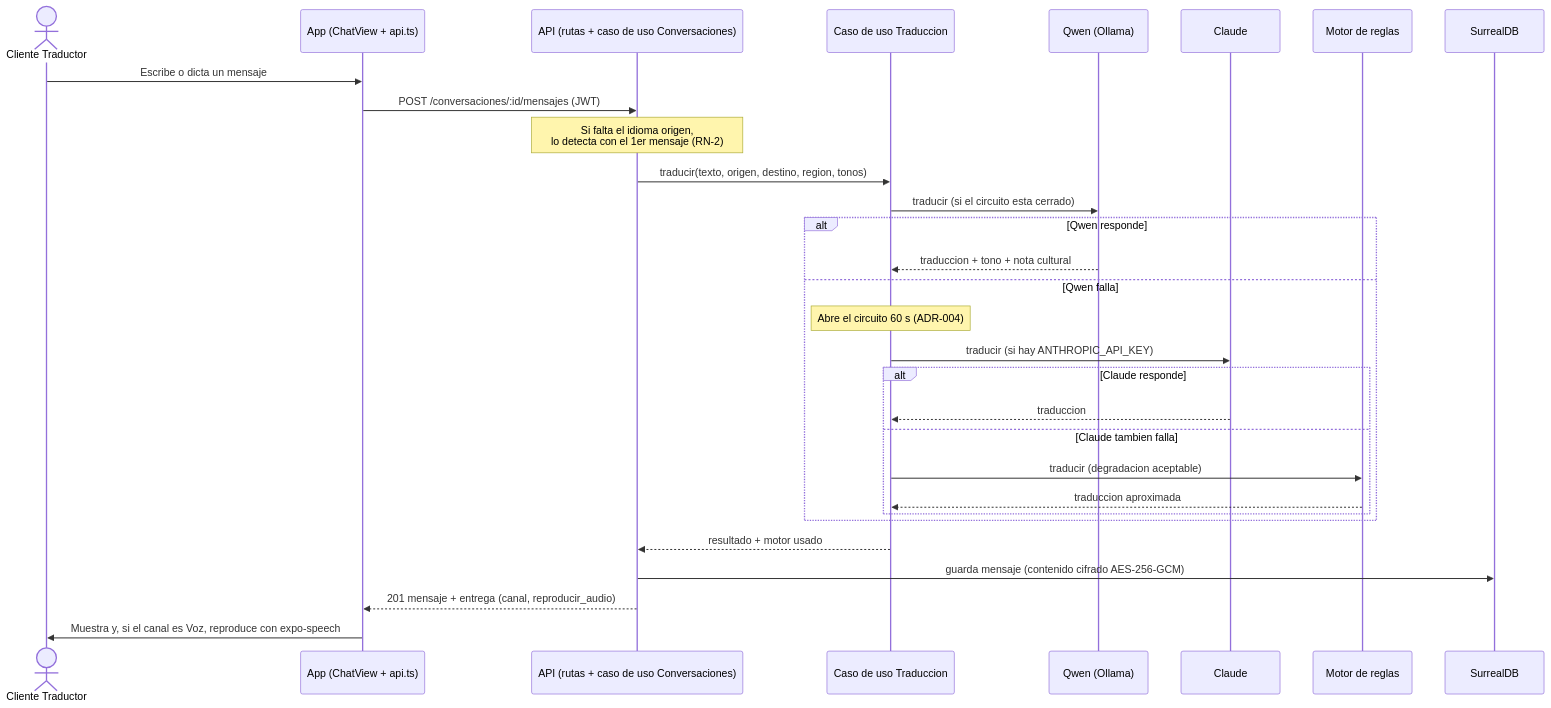
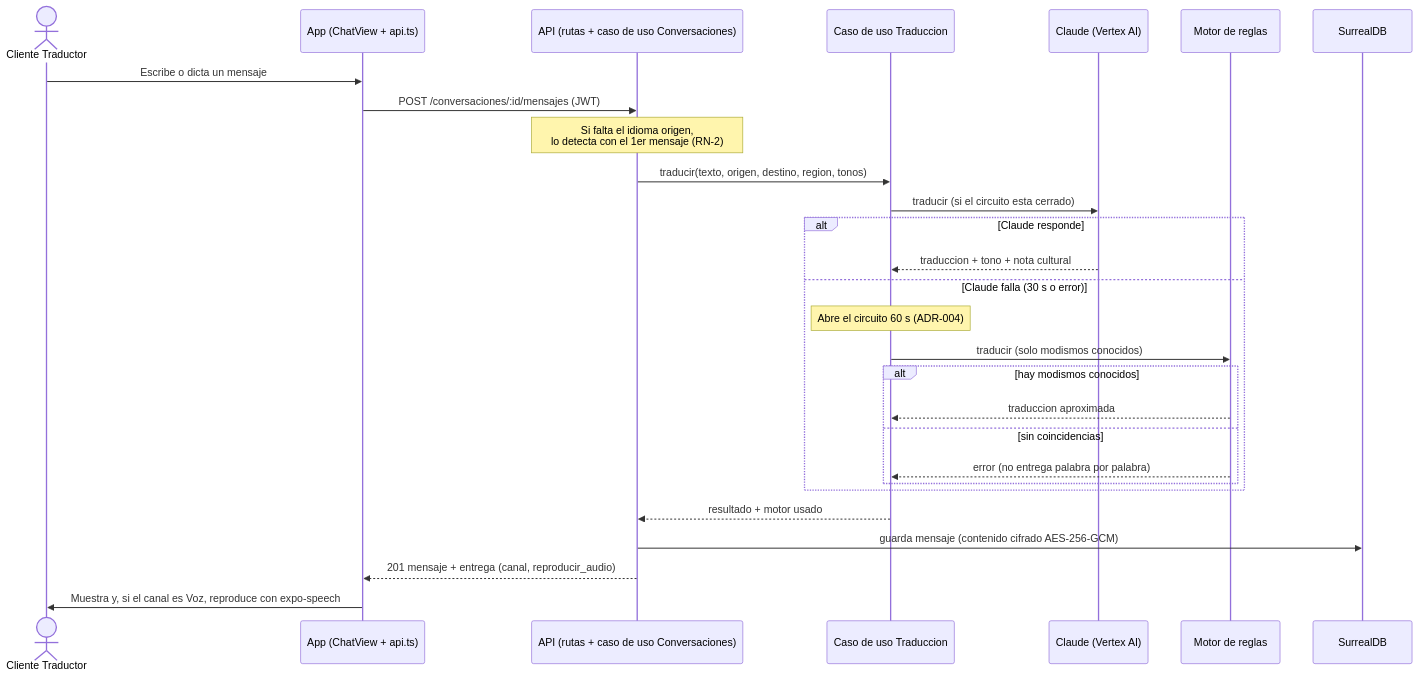
One commit to Dafatalk/talklate changed the third of 5 diagrams in entrega/fuente/07_arquitectura.md. Above: the diagram before and after it, drawn with Mermaid. The commit also changed other lines of this file and 25 other files, not shown here.

First line of the commit message:
docs: poner al dia la documentacion con Claude en Vertex, ElevenLabs, 9 puertos y 77 pruebas; ADR-020; admin sin contrasena por defecto en produccion

````diff
--- a/entrega/fuente/07_arquitectura.md
+++ b/entrega/fuente/07_arquitectura.md
@@ -233,33 +235,31 @@
 ```mermaid
 sequenceDiagram
     actor U as Cliente Traductor
     participant A as App (ChatView + api.ts)
     participant API as API (rutas + caso de uso Conversaciones)
     participant F as Caso de uso Traduccion
-    participant Q as Qwen (Ollama)
-    participant CL as Claude
+    participant CL as Claude (Vertex AI)
     participant R as Motor de reglas
     participant DB as SurrealDB
 
     U->>A: Escribe o dicta un mensaje
     A->>API: POST /conversaciones/:id/mensajes (JWT)
     Note over API: Si falta el idioma origen,<br/>lo detecta con el 1er mensaje (RN-2)
     API->>F: traducir(texto, origen, destino, region, tonos)
-    F->>Q: traducir (si el circuito esta cerrado)
-    alt Qwen responde
-        Q-->>F: traduccion + tono + nota cultural
-    else Qwen falla
+    F->>CL: traducir (si el circuito esta cerrado)
+    alt Claude responde
+        CL-->>F: traduccion + tono + nota cultural
+    else Claude falla (30 s o error)
         Note over F: Abre el circuito 60 s (ADR-004)
-        F->>CL: traducir (si hay ANTHROPIC_API_KEY)
-        alt Claude responde
-            CL-->>F: traduccion
-        else Claude tambien falla
-            F->>R: traducir (degradacion aceptable)
+        F->>R: traducir (solo modismos conocidos)
+        alt hay modismos conocidos
             R-->>F: traduccion aproximada
+        else sin coincidencias
+            R-->>F: error (no entrega palabra por palabra)
         end
     end
     F-->>API: resultado + motor usado
     API->>DB: guarda mensaje (contenido cifrado AES-256-GCM)
     API-->>A: 201 mensaje + entrega (canal, reproducir_audio)
     A->>U: Muestra y, si el canal es Voz, reproduce con expo-speech
 ```
````
